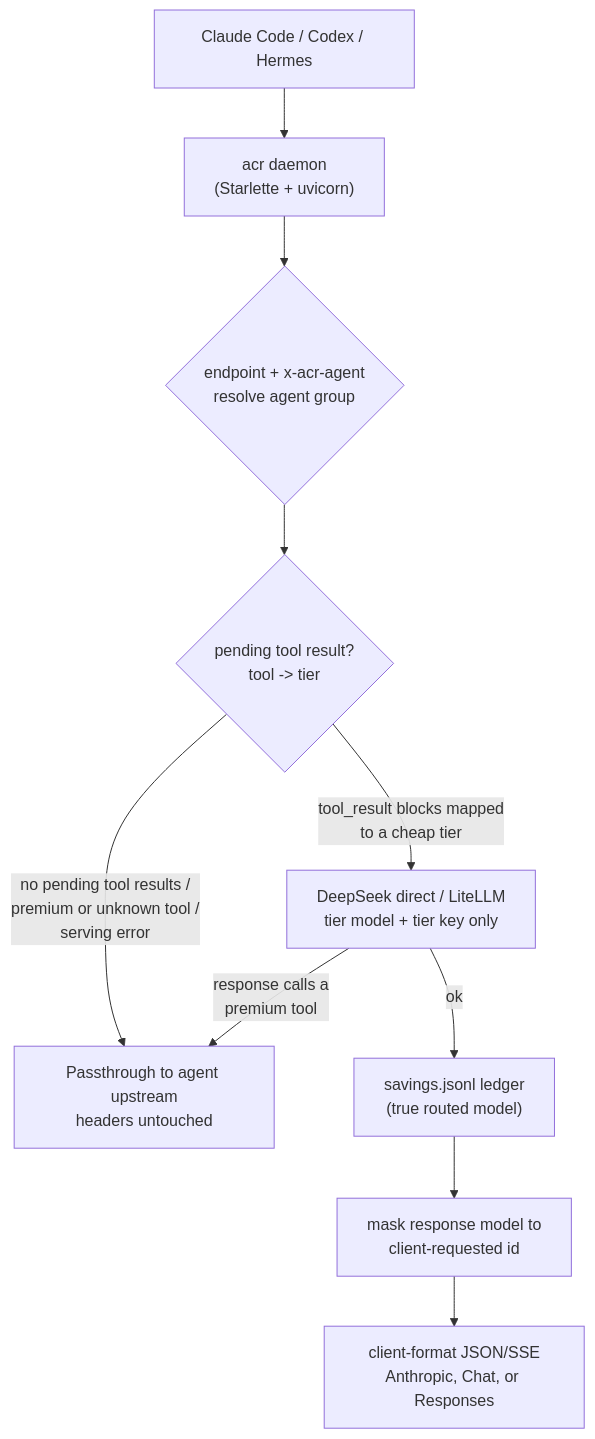
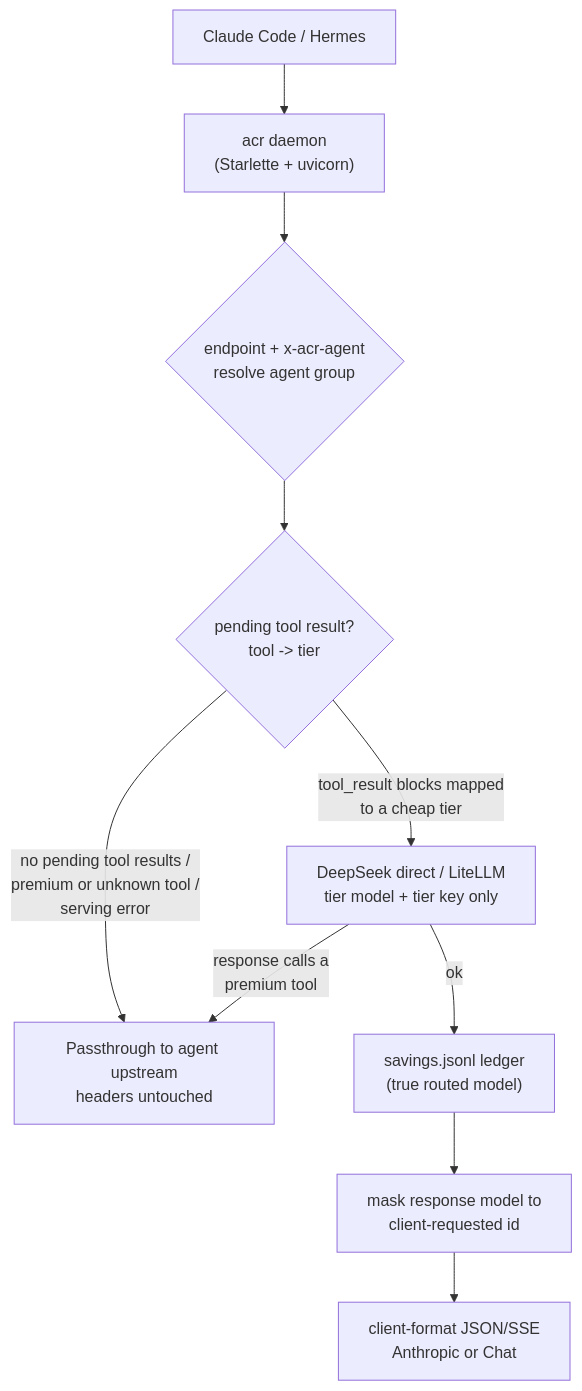
One commit to MaheshKok/ai-calls-router changed the diagram in README.md. Above: the diagram before and after it, drawn with Mermaid. The commit also changed other lines of this file and 50 other files, not shown here.

````diff
--- a/README.md
+++ b/README.md
@@ -48,12 +45,12 @@
 ```mermaid
 flowchart TD
-    CLIENT["Claude Code / Codex / Hermes"] --> SRV["acr daemon<br/>(Starlette + uvicorn)"]
+    CLIENT["Claude Code / Hermes"] --> SRV["acr daemon<br/>(Starlette + uvicorn)"]
     SRV --> ID{"endpoint + x-acr-agent<br/>resolve agent group"}
     ID --> DEC{"pending tool result?<br/>tool -> tier"}
     DEC -- "no pending tool results /<br/>premium or unknown tool /<br/>serving error" --> PASS["Passthrough to agent upstream<br/>headers untouched"]
     DEC -- "tool_result blocks mapped<br/>to a cheap tier" --> ROUTE["DeepSeek direct / LiteLLM<br/>tier model + tier key only"]
     ROUTE -- "response calls a<br/>premium tool" --> PASS
     ROUTE -- ok --> ACCT["savings.jsonl ledger<br/>(true routed model)"]
     ACCT --> MASK["mask response model to<br/>client-requested id"]
-    MASK --> OUT["client-format JSON/SSE<br/>Anthropic, Chat, or Responses"]
+    MASK --> OUT["client-format JSON/SSE<br/>Anthropic or Chat"]
 ```
````
